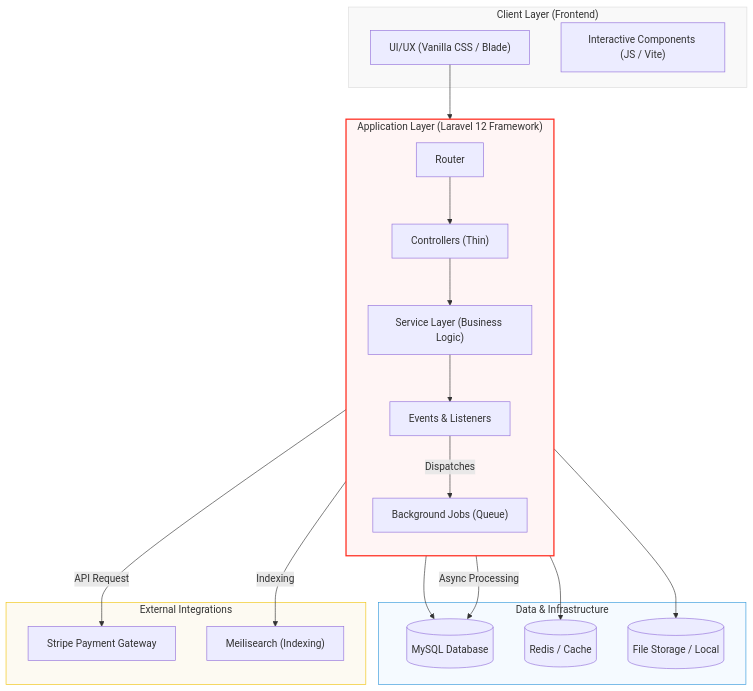
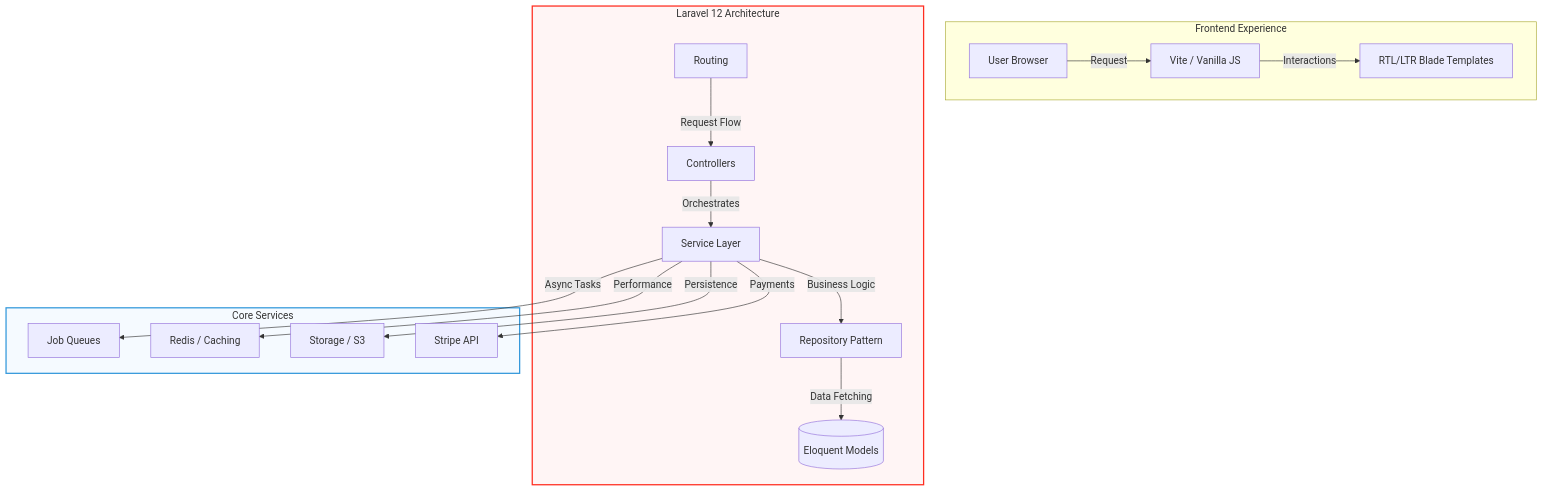
The diagram in README.md (yassinds22/ecommerce-perfumes), drawn with Mermaid before and after one commit. The commit also changed other lines of this file, not shown here.

Commit message:
update table product  and report

````diff
--- a/README.md
+++ b/README.md
@@ -19,50 +19,24 @@
 ```mermaid
 graph TD
-    %% Client Side
-    subgraph Client_Layer ["Client Layer (Frontend)"]
-        UI["UI/UX (Vanilla CSS / Blade)"]
-        JS["Interactive Components (JS / Vite)"]
+    subgraph Client_Layer [Frontend Experience]
+        A[User Browser] -- Request --> B[Vite / Vanilla JS]
+        B -- Interactions --> C[RTL/LTR Blade Templates]
     end
 
-    %% Application Layer
-    subgraph App_Layer ["Application Layer (Laravel 12 Framework)"]
-        direction TB
-        Route["Router"]
-        Ctrl["Controllers (Thin)"]
-        Serv["Service Layer (Business Logic)"]
-        Event["Events & Listeners"]
-        Job["Background Jobs (Queue)"]
+    subgraph App_Layer [Laravel 12 Architecture]
+        D[Routing] -- Request Flow --> E[Controllers]
+        E -- Orchestrates --> F[Service Layer]
+        F -- Business Logic --> G[Repository Pattern]
+        G -- Data Fetching --> H[(Eloquent Models)]
     end
 
-    %% Data & Infrastructure
-    subgraph Infra_Layer ["Data & Infrastructure"]
-        DB[("MySQL Database")]
-        Redis[("Redis / Cache")]
-        S3[("File Storage / Local")]
+    subgraph Infrastructure_Layer [Core Services]
+        F -- Async Tasks --> I[Job Queues]
+        F -- Performance --> J[Redis / Caching]
+        F -- Persistence --> K[Storage / S3]
+        F -- Payments --> L[Stripe API]
     end
 
-    %% External Systems
-    subgraph External_APIs ["External Integrations"]
-        Stripe["Stripe Payment Gateway"]
-        Meili["Meilisearch (Indexing)"]
-    end
-
-    %% Connections
-    UI --> Route
-    Route --> Ctrl
-    Ctrl --> Serv
-    Serv --> DB
-    Serv --> Redis
-    Serv --> S3
-    Serv --> Event
-    Event -- Dispatches --> Job
-    Job -- Async Processing --> DB
-    Serv -- API Request --> Stripe
-    Serv -- Indexing --> Meili
-
-    %% Styling
-    style Client_Layer fill:#f9f9f9,stroke:#ddd
     style App_Layer fill:#fff5f5,stroke:#ff2d20,stroke-width:2px
-    style Infra_Layer fill:#f5faff,stroke:#3498db
-    style External_APIs fill:#fdfaf2,stroke:#f1c40f
+    style Infrastructure_Layer fill:#f5faff,stroke:#3498db,stroke-width:2px
 ```
````
